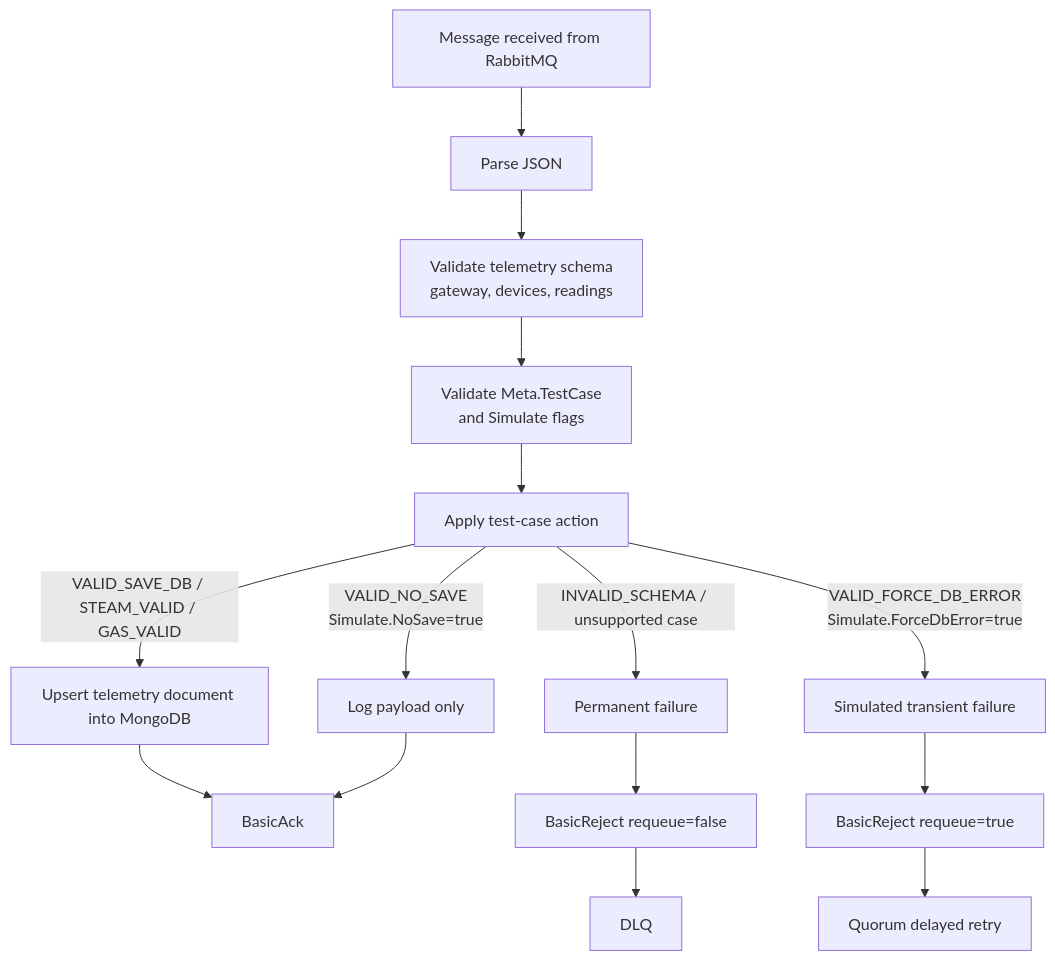
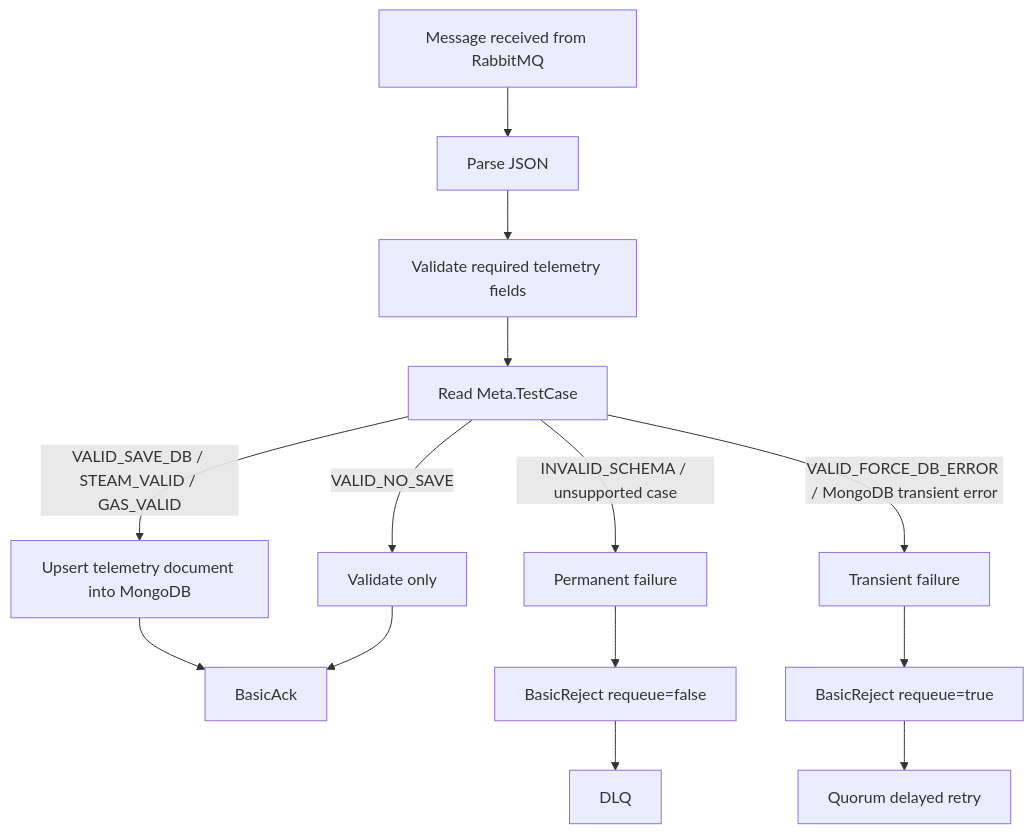
One commit to truongtrongdat94/Demo_RabbitMQ changed the second of 2 diagrams in docs/deliverables-wiki.md. Above: the diagram before and after it, drawn with Mermaid. The commit also changed other lines of this file, not shown here.

Commit message:
docs: Update deliverables wiki with architecture diagrams and port corrections

````diff
--- a/docs/deliverables-wiki.md
+++ b/docs/deliverables-wiki.md
@@ -241,21 +188,20 @@
 ```mermaid
 flowchart TD
     MSG["Message received from RabbitMQ"] --> PARSE["Parse JSON"]
-    PARSE --> VALIDATE["Validate telemetry schema<br/>gateway, devices, readings"]
-    VALIDATE --> CONTRACT["Validate Meta.TestCase<br/>and Simulate flags"]
-    CONTRACT --> CASE["Apply test-case action"]
+    PARSE --> VALIDATE["Validate required telemetry fields"]
+    VALIDATE --> CASE["Read Meta.TestCase"]
 
     CASE -->|"VALID_SAVE_DB / STEAM_VALID / GAS_VALID"| SAVE["Upsert telemetry document into MongoDB"]
     SAVE --> ACK["BasicAck"]
 
-    CASE -->|"VALID_NO_SAVE<br/>Simulate.NoSave=true"| NOSAVE["Log payload only"]
+    CASE -->|"VALID_NO_SAVE"| NOSAVE["Validate only"]
     NOSAVE --> ACK
 
     CASE -->|"INVALID_SCHEMA / unsupported case"| PERM["Permanent failure"]
     PERM --> REJECT_FALSE["BasicReject requeue=false"]
     REJECT_FALSE --> DLQ["DLQ"]
 
-    CASE -->|"VALID_FORCE_DB_ERROR<br/>Simulate.ForceDbError=true"| TRANSIENT["Simulated transient failure"]
+    CASE -->|"VALID_FORCE_DB_ERROR / MongoDB transient error"| TRANSIENT["Transient failure"]
     TRANSIENT --> REJECT_TRUE["BasicReject requeue=true"]
     REJECT_TRUE --> RETRY["Quorum delayed retry"]
 ```
````
